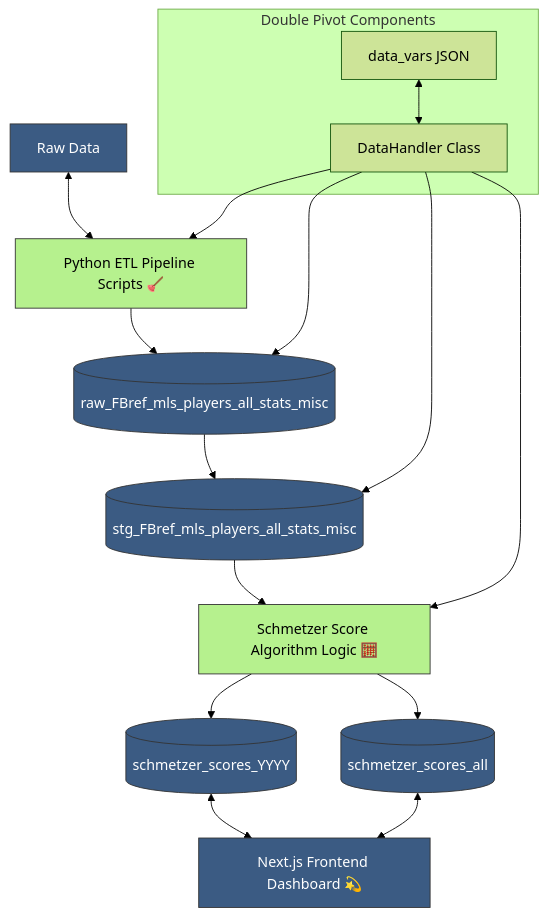
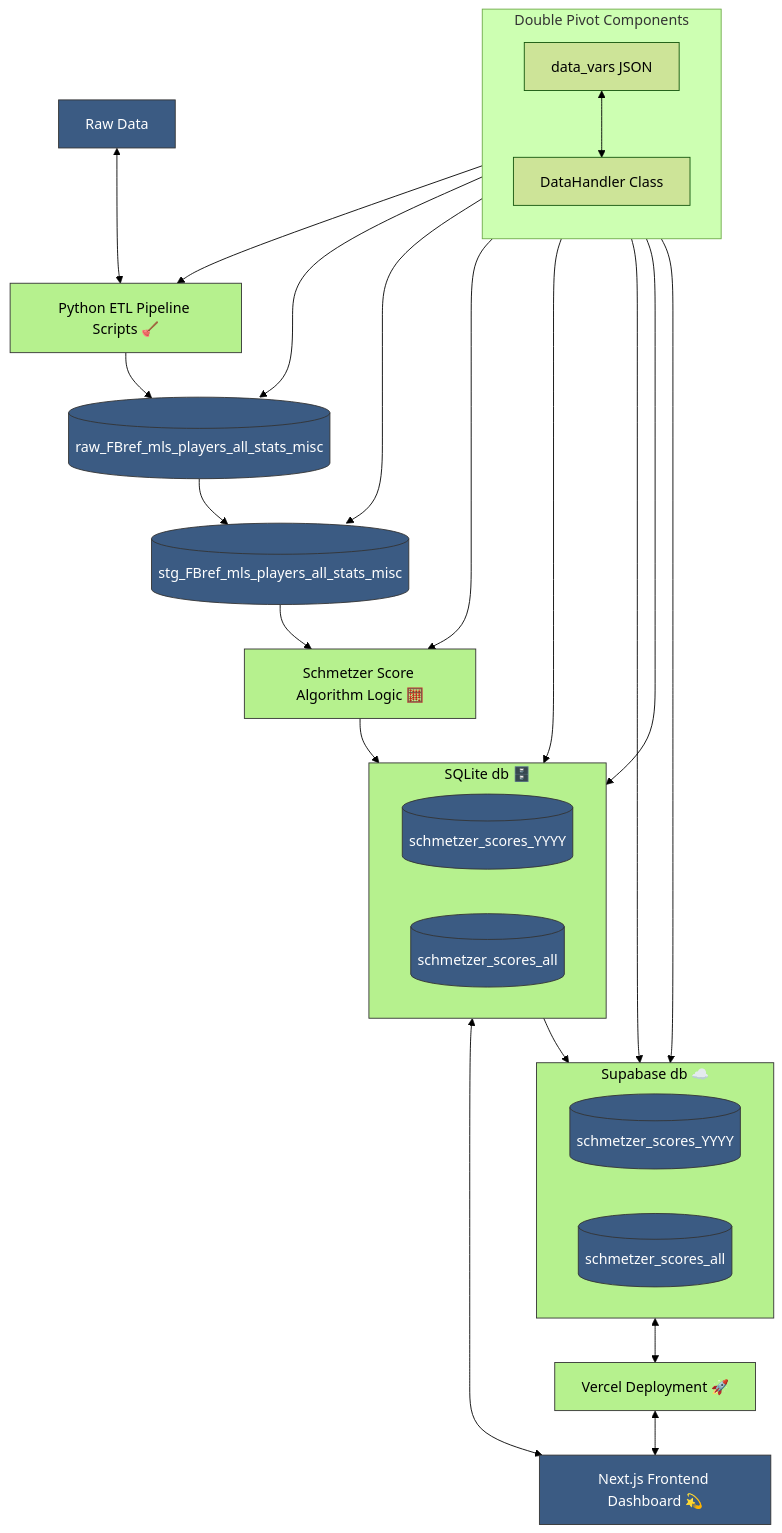
One commit to thenickedwards/duels_mapping changed the diagram in README.md. Above: the diagram before and after it, drawn with Mermaid (forest theme). The commit also changed other lines of this file, not shown here.

Commit message:
Readme updates part 3 updates

````diff
--- a/README.md
+++ b/README.md
@@ -99,27 +97,54 @@
 ```mermaid
 flowchart TD
+    %% Main pipeline
     A[Raw Data] <--> B[Python ETL Pipeline Scripts 🪠]
     B --> C[(raw_FBref_mls_players_all_stats_misc)]
     C --> D[(stg_FBref_mls_players_all_stats_misc)]
     D --> E[Schmetzer Score Algorithm Logic 🧮]
-    E --> F[(schmetzer_scores_YYYY)] & G[(schmetzer_scores_all)]
-    F & G <--> H[Next.js Frontend Dashboard 💫]
 
-    %% Supporting pivots
+    %% SQLite group
+    subgraph SQLITE [SQLite db 🗄️]
+        F[(schmetzer_scores_YYYY)]
+        G[(schmetzer_scores_all)]
+    end
+
+    %% Supabase group
+    subgraph SUPABASE [Supabase db ☁️]
+        F2[(schmetzer_scores_YYYY)]
+        G2[(schmetzer_scores_all)]
+    end
+
+    %% Frontend and deployment
+    H[Next.js Frontend Dashboard 💫]
+    V[Vercel Deployment 🚀]
+
+    E --> SQLITE
+    SQLITE <--> H
+    SQLITE --> SUPABASE
+    SUPABASE <--> V
+    V <--> H
+
+    %% Supporting pivots (vertical layout, side-by-side with main flow)
     subgraph PIVOTS [Double Pivot Components]
+        direction TB
         I[data_vars JSON]
         J[DataHandler Class]
     end
 
+    %% Connections from pivots
     I <--> J
     J --> B
     J --> C
     J --> D
     J --> E
+    J --> SQLITE
+    J --> SUPABASE
+    I --> SQLITE
+    I --> SUPABASE
 
     %% styling legend
     classDef dataNode fill:#3b5b83,stroke:#333,stroke-width:1px,color:#fff;
     classDef logicNode fill:#b6f18e,stroke:#333,stroke-width:1px,color:#000;
-    class A,C,D,F,G,H dataNode
-    class B,E logicNode
+    class A,C,D,F,G,F2,G2,H dataNode
+    class B,E,SQLITE,SUPABASE,V logicNode
 ```
````
